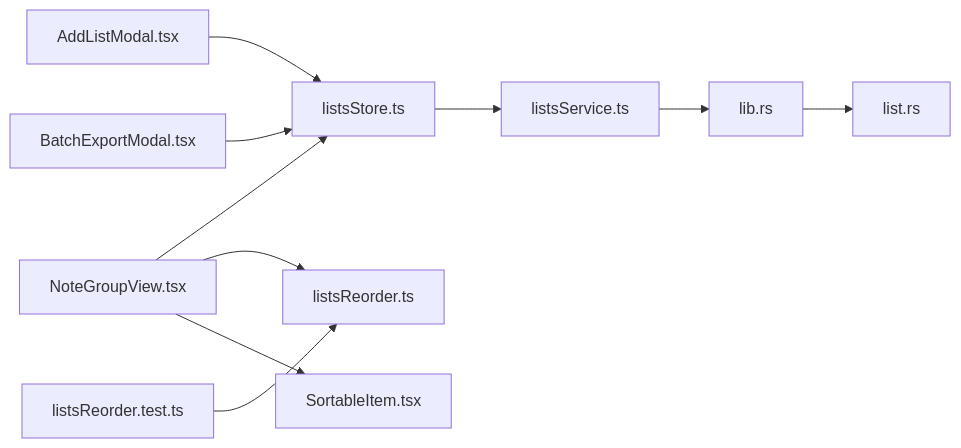
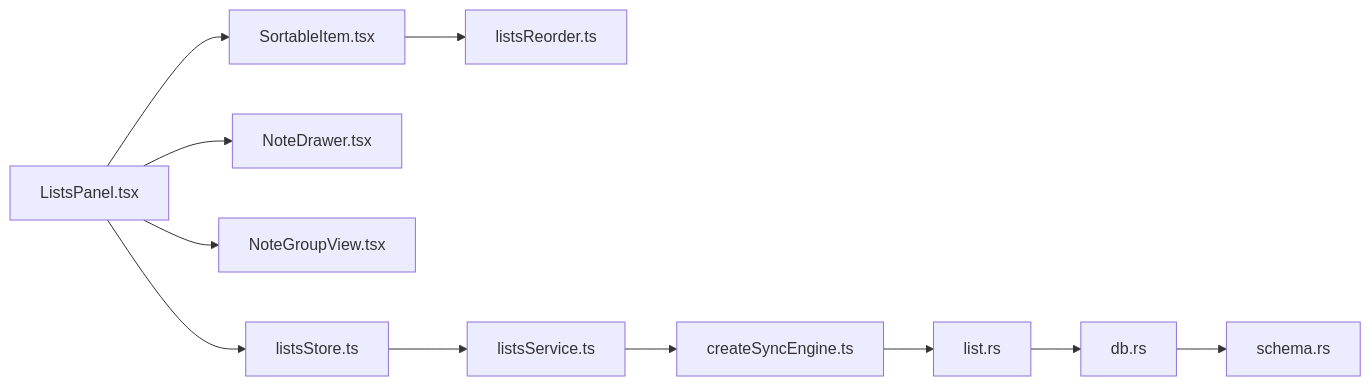
One commit to gzdxhujiale/FishWorker changed the fourth of 4 diagrams in .qoder/repowiki/zh/content/核心功能模块/清单管理系统.md. Above: the diagram before and after it, drawn with Mermaid. The commit also changed other lines of this file and 238 other files, not shown here.

````diff
--- a/.qoder/repowiki/zh/content/核心功能模块/清单管理系统.md
+++ b/.qoder/repowiki/zh/content/核心功能模块/清单管理系统.md
@@ -409,12 +320,13 @@
 ```mermaid
 graph LR
-NoteGroupView["NoteGroupView.tsx"] --> Store["listsStore.ts"]
-NoteGroupView --> Reorder["listsReorder.ts"]
-NoteGroupView --> Sortable["SortableItem.tsx"]
-AddModal["AddListModal.tsx"] --> Store
-ExportModal["BatchExportModal.tsx"] --> Store
-Store --> Service["listsService.ts"]
-Service --> Lib["lib.rs"]
-Lib --> ListAPI["list.rs"]
-ReorderTest["listsReorder.test.ts"] --> Reorder
+LP["ListsPanel.tsx"] --> LS["listsStore.ts"]
+LP --> ND["NoteDrawer.tsx"]
+LP --> NG["NoteGroupView.tsx"]
+LP --> SI["SortableItem.tsx"]
+SI --> LR["listsReorder.ts"]
+LS --> LService["listsService.ts"]
+LService --> Sync["createSyncEngine.ts"]
+Sync --> ListRS["list.rs"]
+ListRS --> Db["db.rs"]
+Db --> Schema["schema.rs"]
 ```
````
